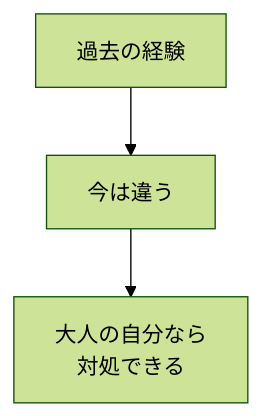
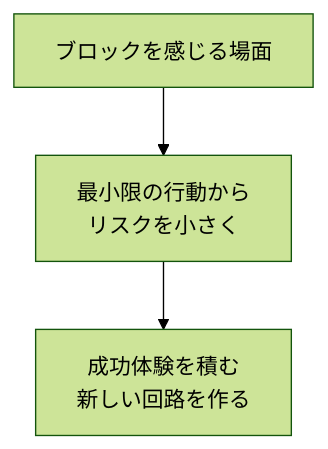
One commit to tndg16-bot/portfolio-site changed the fifth of 5 diagrams in content/blog/295-mental-blocks-trauma-healing.md. Above: the diagram before and after it, drawn with Mermaid (forest theme). The commit also changed other lines of this file and 19 other files, not shown here.

````diff
--- a/content/blog/295-mental-blocks-trauma-healing.md
+++ b/content/blog/295-mental-blocks-trauma-healing.md
@@ -69,5 +77,5 @@
 ```mermaid
 graph TD
-    A[過去の経験] --> B[今は違う]
-    B --> C[大人の自分なら<br/>対処できる]
+    A[ブロックを感じる場面] --> B[最小限の行動から<br/>リスクを小さく]
+    B --> C[成功体験を積む<br/>新しい回路を作る]
 ```
````
